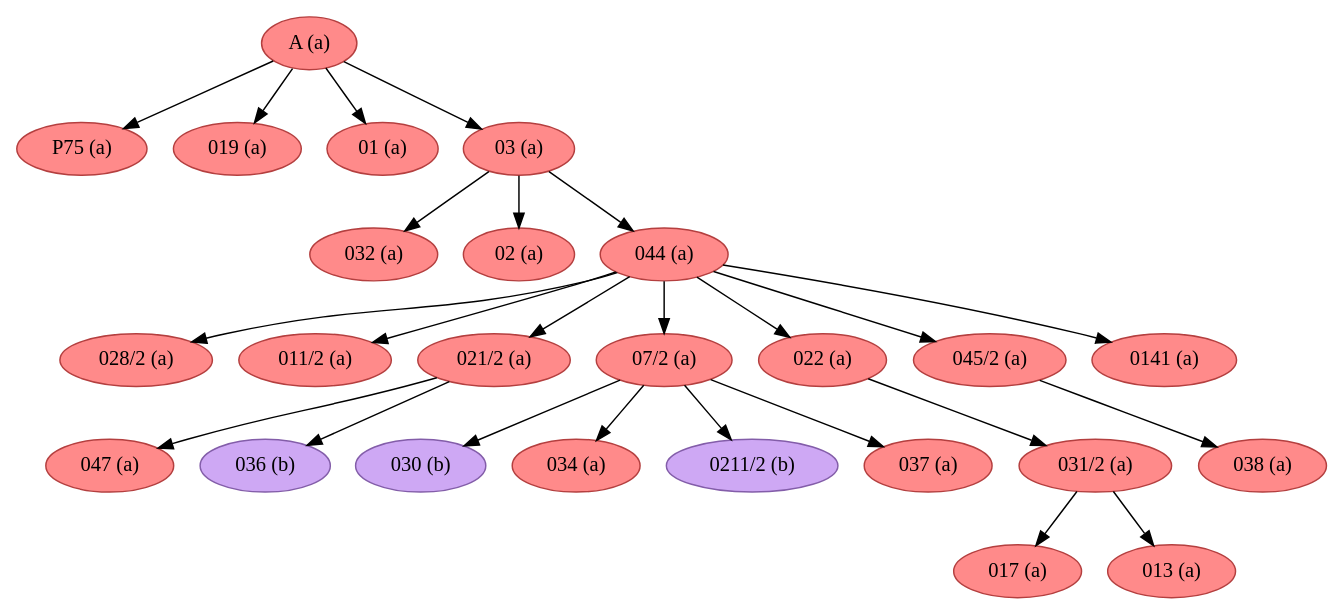
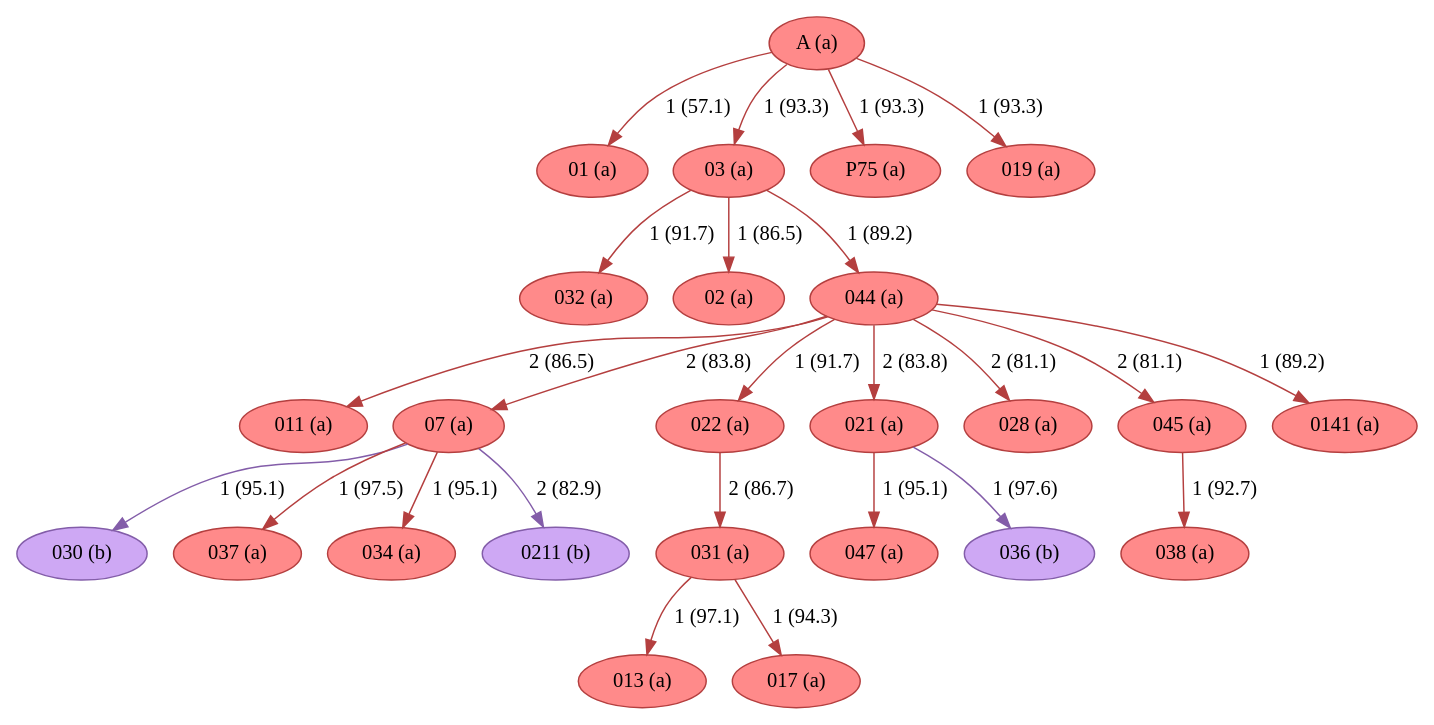
The diagram in example/c499/textual_flow_24_31_c499.dot (edmondac/CBGM), drawn with Graphviz before and after one commit. The commit also changed 163 other files, not shown here.

Commit message:
Updated diagrams with new code

```diff
--- a/example/c499/textual_flow_24_31_c499.dot
+++ b/example/c499/textual_flow_24_31_c499.dot
@@ -1,51 +1,51 @@
 strict digraph G {
+"013 (a)" [fillcolor="#FF8A8A", color="#b43f3f", style=filled];
+"011 (a)" [fillcolor="#FF8A8A", color="#b43f3f", style=filled];
+"017 (a)" [fillcolor="#FF8A8A", color="#b43f3f", style=filled];
+"07 (a)" [fillcolor="#FF8A8A", color="#b43f3f", style=filled];
+"032 (a)" [fillcolor="#FF8A8A", color="#b43f3f", style=filled];
+"022 (a)" [fillcolor="#FF8A8A", color="#b43f3f", style=filled];
+"021 (a)" [fillcolor="#FF8A8A", color="#b43f3f", style=filled];
 "030 (b)" [fillcolor="#CEA8F4", color="#835da9", style=filled];
+"028 (a)" [fillcolor="#FF8A8A", color="#b43f3f", style=filled];
+"037 (a)" [fillcolor="#FF8A8A", color="#b43f3f", style=filled];
+"01 (a)" [fillcolor="#FF8A8A", color="#b43f3f", style=filled];
+"02 (a)" [fillcolor="#FF8A8A", color="#b43f3f", style=filled];
+"045 (a)" [fillcolor="#FF8A8A", color="#b43f3f", style=filled];
+"03 (a)" [fillcolor="#FF8A8A", color="#b43f3f", style=filled];
 "P75 (a)" [fillcolor="#FF8A8A", color="#b43f3f", style=filled];
 "038 (a)" [fillcolor="#FF8A8A", color="#b43f3f", style=filled];
-"032 (a)" [fillcolor="#FF8A8A", color="#b43f3f", style=filled];
-"028/2 (a)" [fillcolor="#FF8A8A", color="#b43f3f", style=filled];
-"011/2 (a)" [fillcolor="#FF8A8A", color="#b43f3f", style=filled];
-"031/2 (a)" [fillcolor="#FF8A8A", color="#b43f3f", style=filled];
+"034 (a)" [fillcolor="#FF8A8A", color="#b43f3f", style=filled];
+"019 (a)" [fillcolor="#FF8A8A", color="#b43f3f", style=filled];
 "047 (a)" [fillcolor="#FF8A8A", color="#b43f3f", style=filled];
-"034 (a)" [fillcolor="#FF8A8A", color="#b43f3f", style=filled];
-"0211/2 (b)" [fillcolor="#CEA8F4", color="#835da9", style=filled];
-"017 (a)" [fillcolor="#FF8A8A", color="#b43f3f", style=filled];
-"019 (a)" [fillcolor="#FF8A8A", color="#b43f3f", style=filled];
-"021/2 (a)" [fillcolor="#FF8A8A", color="#b43f3f", style=filled];
-"01 (a)" [fillcolor="#FF8A8A", color="#b43f3f", style=filled];
-"07/2 (a)" [fillcolor="#FF8A8A", color="#b43f3f", style=filled];
-"02 (a)" [fillcolor="#FF8A8A", color="#b43f3f", style=filled];
-"03 (a)" [fillcolor="#FF8A8A", color="#b43f3f", style=filled];
-"022 (a)" [fillcolor="#FF8A8A", color="#b43f3f", style=filled];
-"045/2 (a)" [fillcolor="#FF8A8A", color="#b43f3f", style=filled];
+"044 (a)" [fillcolor="#FF8A8A", color="#b43f3f", style=filled];
+"0141 (a)" [fillcolor="#FF8A8A", color="#b43f3f", style=filled];
+"0211 (b)" [fillcolor="#CEA8F4", color="#835da9", style=filled];
 "036 (b)" [fillcolor="#CEA8F4", color="#835da9", style=filled];
-"0141 (a)" [fillcolor="#FF8A8A", color="#b43f3f", style=filled];
-"013 (a)" [fillcolor="#FF8A8A", color="#b43f3f", style=filled];
-"037 (a)" [fillcolor="#FF8A8A", color="#b43f3f", style=filled];
+"031 (a)" [fillcolor="#FF8A8A", color="#b43f3f", style=filled];
 "A (a)" [fillcolor="#FF8A8A", color="#b43f3f", style=filled];
-"044 (a)" [fillcolor="#FF8A8A", color="#b43f3f", style=filled];
-"031/2 (a)" -> "017 (a)";
-"031/2 (a)" -> "013 (a)";
-"021/2 (a)" -> "036 (b)";
-"021/2 (a)" -> "047 (a)";
-"07/2 (a)" -> "030 (b)";
-"07/2 (a)" -> "034 (a)";
-"07/2 (a)" -> "0211/2 (b)";
-"07/2 (a)" -> "037 (a)";
-"03 (a)" -> "032 (a)";
-"03 (a)" -> "044 (a)";
-"03 (a)" -> "02 (a)";
-"022 (a)" -> "031/2 (a)";
-"045/2 (a)" -> "038 (a)";
-"A (a)" -> "P75 (a)";
-"A (a)" -> "019 (a)";
-"A (a)" -> "01 (a)";
-"A (a)" -> "03 (a)";
-"044 (a)" -> "07/2 (a)";
-"044 (a)" -> "021/2 (a)";
-"044 (a)" -> "028/2 (a)";
-"044 (a)" -> "0141 (a)";
-"044 (a)" -> "011/2 (a)";
-"044 (a)" -> "045/2 (a)";
-"044 (a)" -> "022 (a)";
+"07 (a)" -> "030 (b)"  [color="#835da9", label="1 (95.1)"];
+"07 (a)" -> "034 (a)"  [color="#b43f3f", label="1 (95.1)"];
+"07 (a)" -> "037 (a)"  [color="#b43f3f", label="1 (97.5)"];
+"07 (a)" -> "0211 (b)"  [color="#835da9", label="2 (82.9)"];
+"022 (a)" -> "031 (a)"  [color="#b43f3f", label="2 (86.7)"];
+"021 (a)" -> "036 (b)"  [color="#835da9", label="1 (97.6)"];
+"021 (a)" -> "047 (a)"  [color="#b43f3f", label="1 (95.1)"];
+"045 (a)" -> "038 (a)"  [color="#b43f3f", label="1 (92.7)"];
+"03 (a)" -> "044 (a)"  [color="#b43f3f", label="1 (89.2)"];
+"03 (a)" -> "032 (a)"  [color="#b43f3f", label="1 (91.7)"];
+"03 (a)" -> "02 (a)"  [color="#b43f3f", label="1 (86.5)"];
+"044 (a)" -> "045 (a)"  [color="#b43f3f", label="2 (81.1)"];
+"044 (a)" -> "0141 (a)"  [color="#b43f3f", label="1 (89.2)"];
+"044 (a)" -> "021 (a)"  [color="#b43f3f", label="2 (83.8)"];
+"044 (a)" -> "07 (a)"  [color="#b43f3f", label="2 (83.8)"];
+"044 (a)" -> "022 (a)"  [color="#b43f3f", label="1 (91.7)"];
+"044 (a)" -> "011 (a)"  [color="#b43f3f", label="2 (86.5)"];
+"044 (a)" -> "028 (a)"  [color="#b43f3f", label="2 (81.1)"];
+"031 (a)" -> "013 (a)"  [color="#b43f3f", label="1 (97.1)"];
+"031 (a)" -> "017 (a)"  [color="#b43f3f", label="1 (94.3)"];
+"A (a)" -> "03 (a)"  [color="#b43f3f", label="1 (93.3)"];
+"A (a)" -> "01 (a)"  [color="#b43f3f", label="1 (57.1)"];
+"A (a)" -> "P75 (a)"  [color="#b43f3f", label="1 (93.3)"];
+"A (a)" -> "019 (a)"  [color="#b43f3f", label="1 (93.3)"];
 }
```
